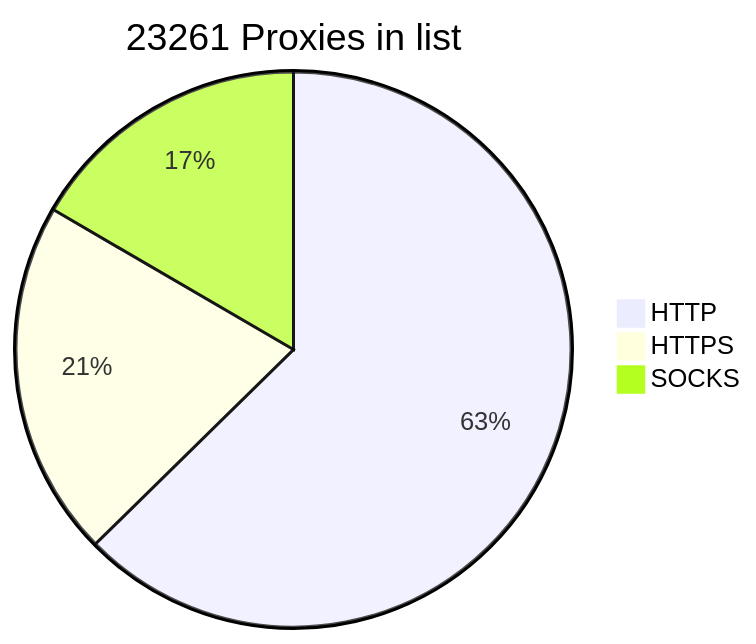
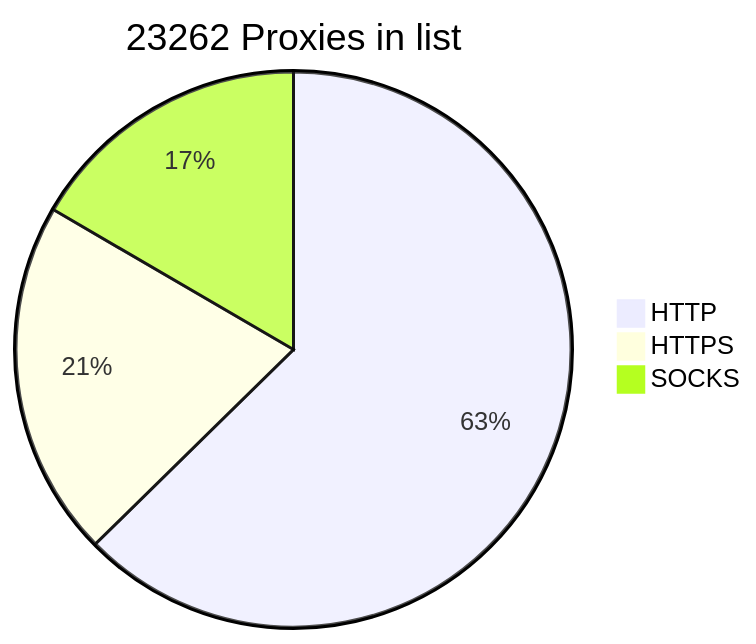
Before and after one commit to BlackSnowDot/proxylist-update-every-minute: the diagram in README.md, drawn with Mermaid.

````diff
--- a/README.md
+++ b/README.md
@@ -2,6 +2,6 @@
 ```mermaid
-pie title 23261 Proxies in list
-    "HTTP" : 16690
+pie title 23262 Proxies in list
+    "HTTP" : 16691
     "HTTPS": 5528
     "SOCKS" : 4424
 ```
````
